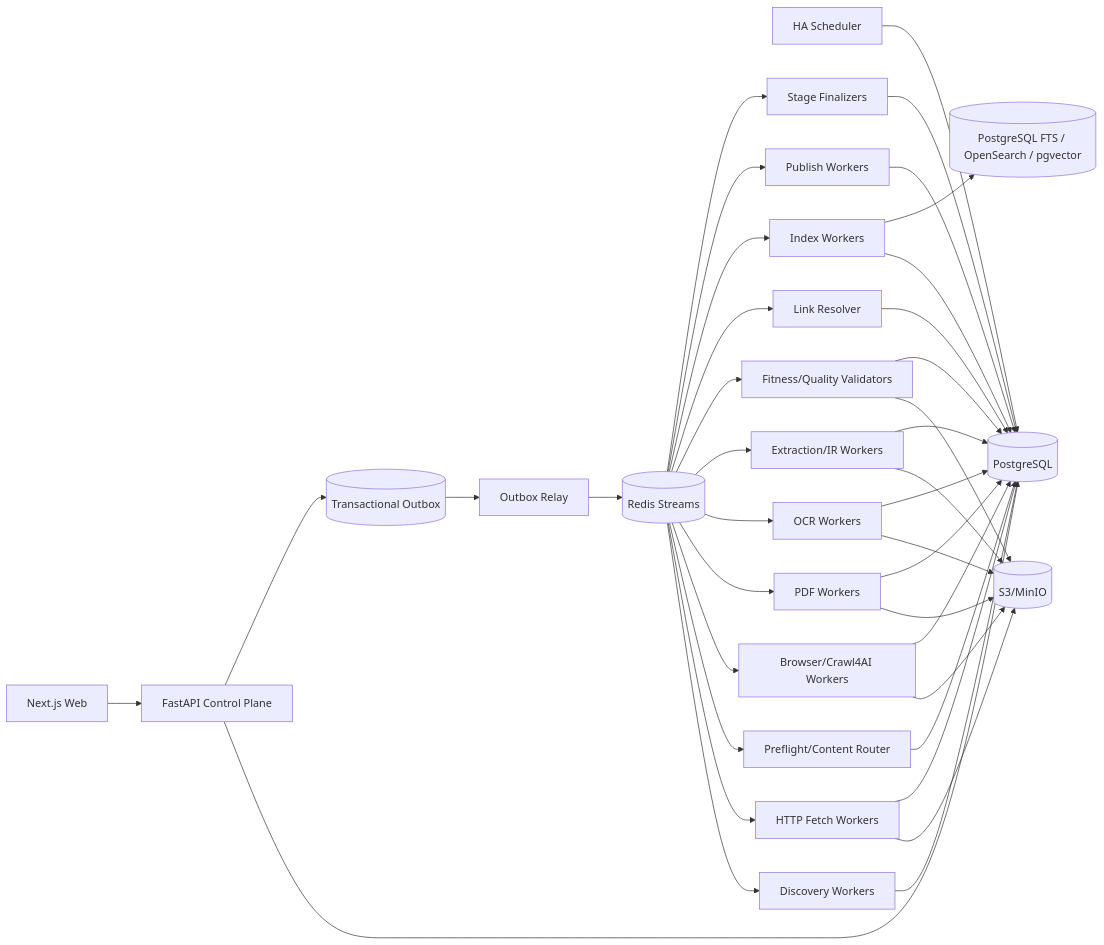
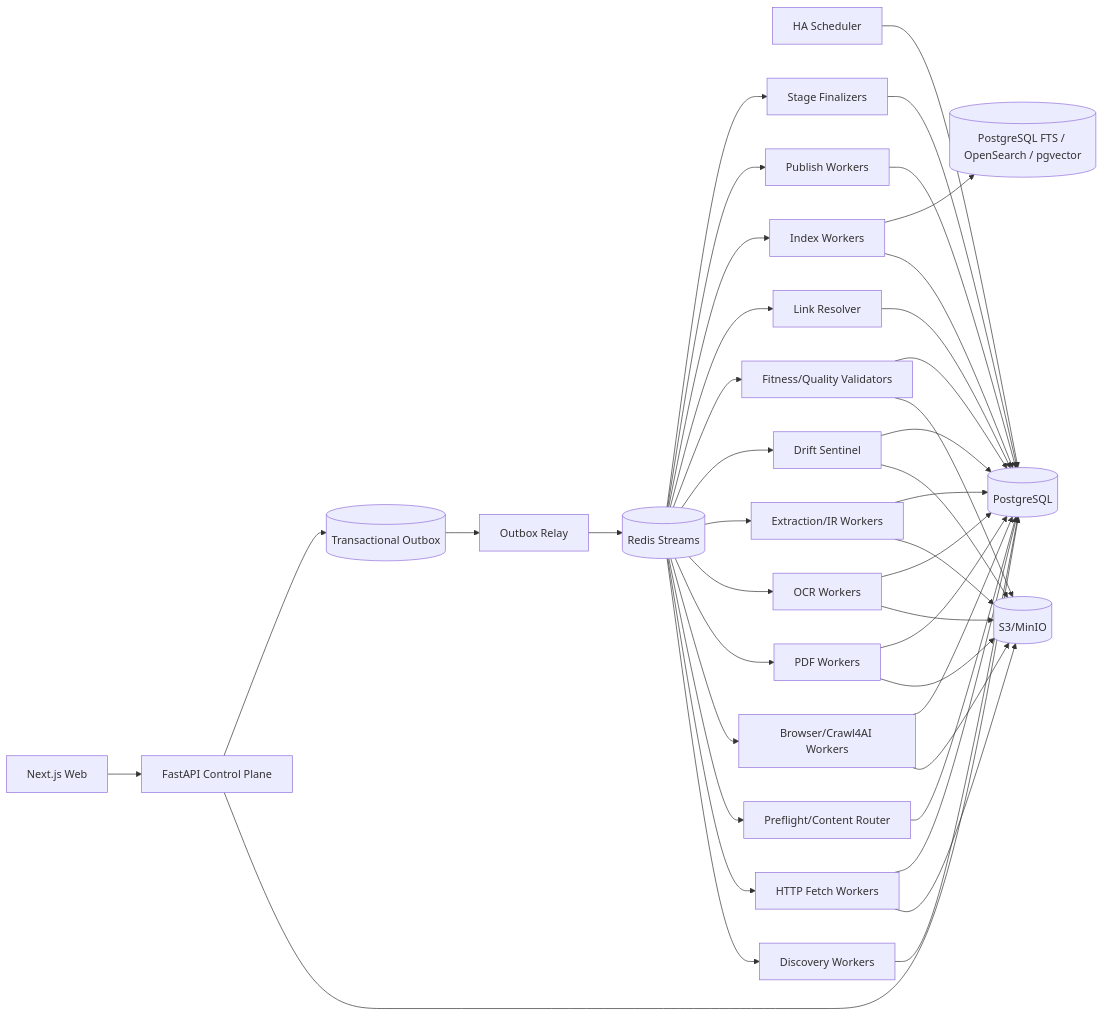
The diagram in 博客知识库技术方案.md (WorkerXu/my-doc), drawn with Mermaid before and after one commit. The commit also changed other lines of this file, not shown here.

````diff
--- a/博客知识库技术方案.md
+++ b/博客知识库技术方案.md
@@ -47,45 +49,48 @@
 ```mermaid
 flowchart LR
     UI[Next.js Web] --> API[FastAPI Control Plane]
     API --> PG[(PostgreSQL)]
     API --> OUT[(Transactional Outbox)]
 
     SCH[HA Scheduler] --> PG
     OUT --> RELAY[Outbox Relay]
     RELAY --> Q[(Redis Streams)]
 
     Q --> DW[Discovery Workers]
     Q --> HF[HTTP Fetch Workers]
     Q --> RT[Preflight/Content Router]
     Q --> BW[Browser/Crawl4AI Workers]
     Q --> PDF[PDF Workers]
     Q --> OCR[OCR Workers]
     Q --> EX[Extraction/IR Workers]
+    Q --> DS[Drift Sentinel]
     Q --> QV[Fitness/Quality Validators]
     Q --> LR[Link Resolver]
     Q --> IX[Index Workers]
     Q --> PB[Publish Workers]
     Q --> FIN[Stage Finalizers]
 
     HF --> OBJ[(S3/MinIO)]
     BW --> OBJ
     PDF --> OBJ
     OCR --> OBJ
     EX --> OBJ
+    DS --> OBJ
     QV --> OBJ
 
     DW --> PG
     HF --> PG
     RT --> PG
     BW --> PG
     PDF --> PG
     OCR --> PG
     EX --> PG
+    DS --> PG
     QV --> PG
     LR --> PG
     IX --> PG
     PB --> PG
     FIN --> PG
 
     IX --> SEARCH[(PostgreSQL FTS / OpenSearch / pgvector)]
 ```
````
